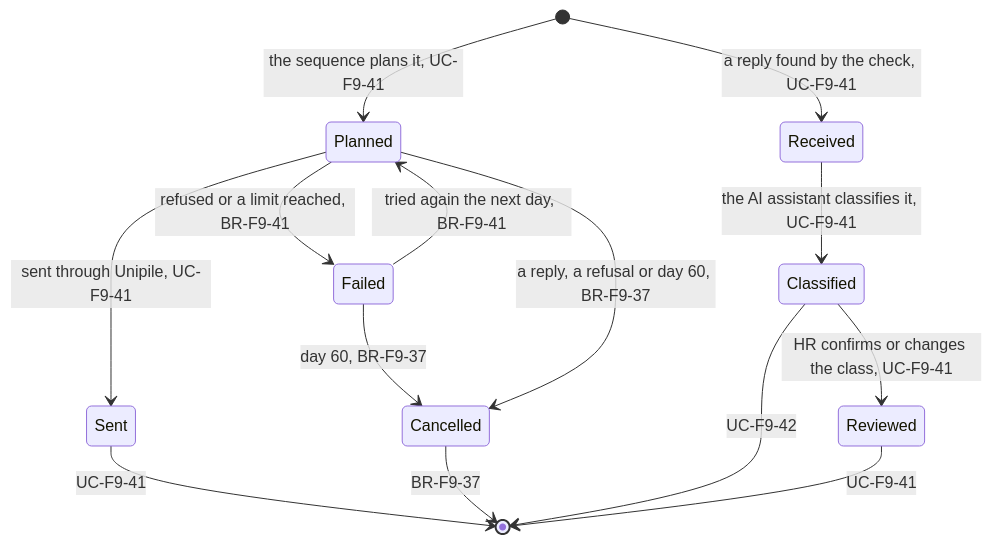
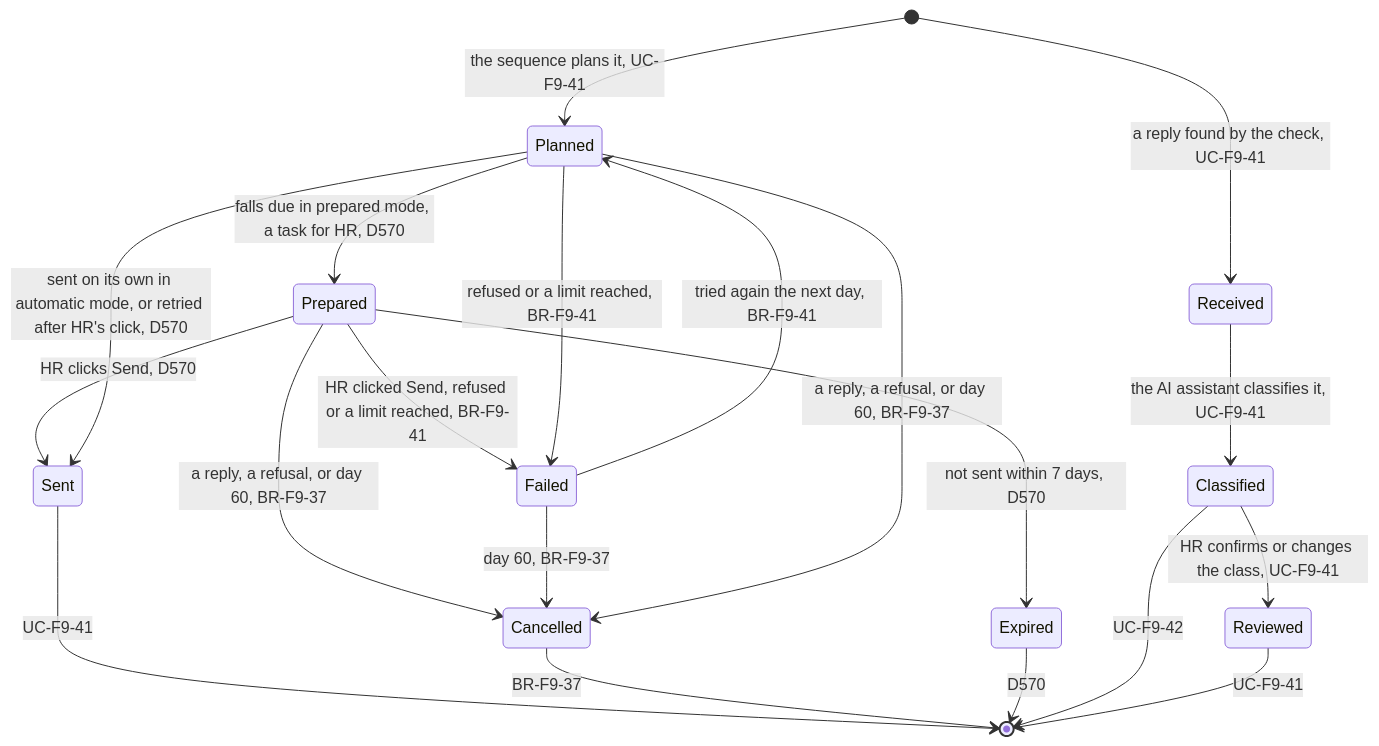
The second of 2 diagrams in docs/specs/02-functional/f09-hr-and-projects/data/e-f09-47-outreach-message.md (gpbcom/SimpleERP), drawn with Mermaid before and after one commit. The commit also changed other lines of this file and 8816 other files, not shown here.

````diff
--- a/docs/specs/02-functional/f09-hr-and-projects/data/e-f09-47-outreach-message.md
+++ b/docs/specs/02-functional/f09-hr-and-projects/data/e-f09-47-outreach-message.md
@@ -43,16 +48,22 @@
 ```mermaid
 stateDiagram-v2
   [*] --> Planned : the sequence plans it, UC-F9-41
-  Planned --> Sent : sent through Unipile, UC-F9-41
+  Planned --> Prepared : falls due in prepared mode, a task for HR, D570
+  Prepared --> Sent : HR clicks Send, D570
+  Prepared --> Failed : HR clicked Send, refused or a limit reached, BR-F9-41
+  Prepared --> Expired : not sent within 7 days, D570
+  Prepared --> Cancelled : a reply, a refusal, or day 60, BR-F9-37
+  Planned --> Sent : sent on its own in automatic mode, or retried after HR's click, D570
   Planned --> Failed : refused or a limit reached, BR-F9-41
   Failed --> Planned : tried again the next day, BR-F9-41
   Failed --> Cancelled : day 60, BR-F9-37
-  Planned --> Cancelled : a reply, a refusal or day 60, BR-F9-37
+  Planned --> Cancelled : a reply, a refusal, or day 60, BR-F9-37
   [*] --> Received : a reply found by the check, UC-F9-41
   Received --> Classified : the AI assistant classifies it, UC-F9-41
   Classified --> Reviewed : HR confirms or changes the class, UC-F9-41
   Sent --> [*] : UC-F9-41
   Cancelled --> [*] : BR-F9-37
+  Expired --> [*] : D570
   Classified --> [*] : UC-F9-42
   Reviewed --> [*] : UC-F9-41
 ```
````
